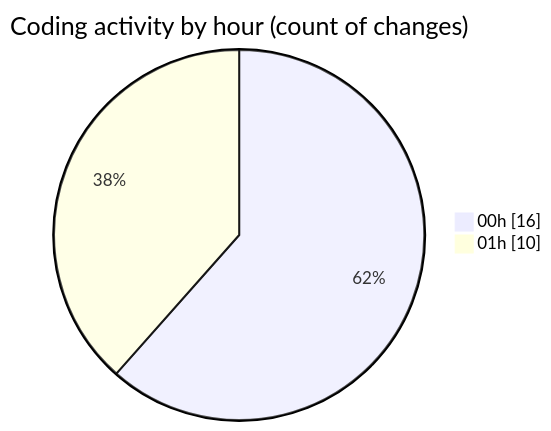
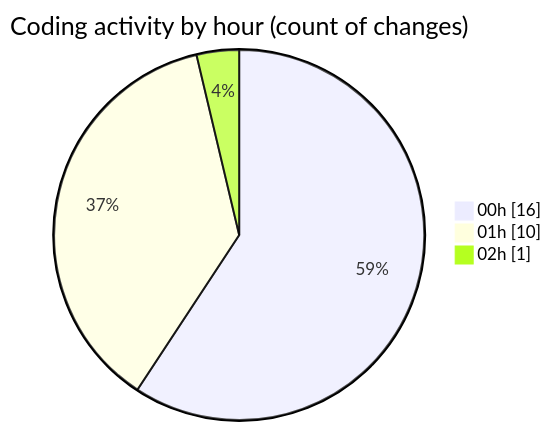
Before and after one commit to donsfak/code-tracking: the second of 2 diagrams in 2025-11-01/weather_insights_app/README.md, drawn with Mermaid. The commit also changed other lines of this file and 1 other file, not shown here.

````diff
--- a/2025-11-01/weather_insights_app/README.md
+++ b/2025-11-01/weather_insights_app/README.md
@@ -38,6 +38,7 @@
 ```mermaid
 pie showData
 title Coding activity by hour (count of changes)
 "00h" : 16
 "01h" : 10
+"02h" : 1
 ```
````
